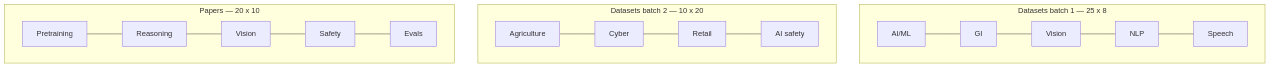
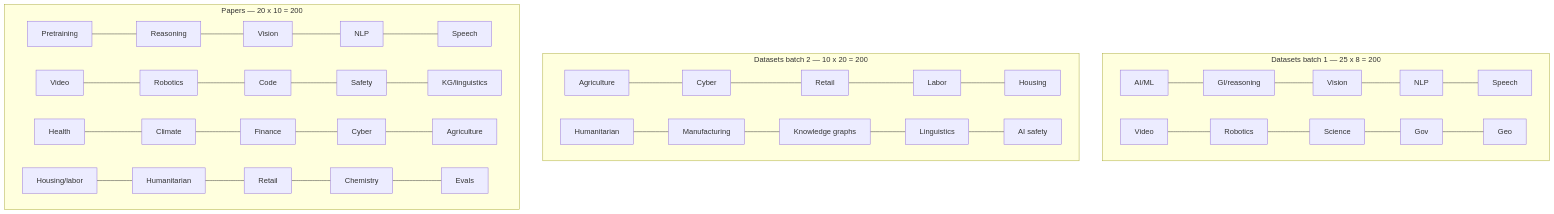
Before and after one commit to ahmaddroobi99/200-dataset-websites: the diagram in README.md, drawn with Mermaid. The commit also changed other lines of this file, not shown here.

Commit message:
Index 1,100 starred repos into the existing 35 category lists

````diff
--- a/README.md
+++ b/README.md
@@ -14,12 +19,17 @@
 ```mermaid
 flowchart TB
-  subgraph B1["Datasets batch 1 — 25 x 8"]
-    A1[AI/ML] --- A2[GI] --- A3[Vision] --- A4[NLP] --- A5[Speech]
+  subgraph B1["Datasets batch 1 — 25 x 8 = 200"]
+    A1[AI/ML] --- A2[GI/reasoning] --- A3[Vision] --- A4[NLP] --- A5[Speech]
+    A6[Video] --- A7[Robotics] --- A8[Science] --- A9[Gov] --- A10[Geo]
   end
-  subgraph B2["Datasets batch 2 — 10 x 20"]
-    C26[Agriculture] --- C27[Cyber] --- C28[Retail] --- C35[AI safety]
+  subgraph B2["Datasets batch 2 — 10 x 20 = 200"]
+    C26[Agriculture] --- C27[Cyber] --- C28[Retail] --- C29[Labor] --- C30[Housing]
+    C31[Humanitarian] --- C32[Manufacturing] --- C33[Knowledge graphs] --- C34[Linguistics] --- C35[AI safety]
   end
-  subgraph P["Papers — 20 x 10"]
-    P1[Pretraining] --- P2[Reasoning] --- P3[Vision] --- P9[Safety] --- P20[Evals]
+  subgraph P["Papers — 20 x 10 = 200"]
+    P1[Pretraining] --- P2[Reasoning] --- P3[Vision] --- P4[NLP] --- P5[Speech]
+    P6[Video] --- P7[Robotics] --- P8[Code] --- P9[Safety] --- P10[KG/linguistics]
+    P11[Health] --- P12[Climate] --- P13[Finance] --- P14[Cyber] --- P15[Agriculture]
+    P16[Housing/labor] --- P17[Humanitarian] --- P18[Retail] --- P19[Chemistry] --- P20[Evals]
   end
 ```
````
